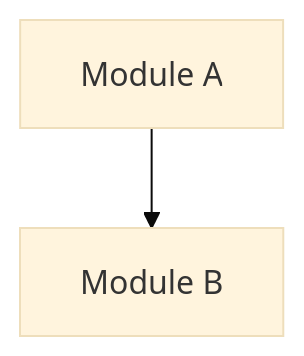
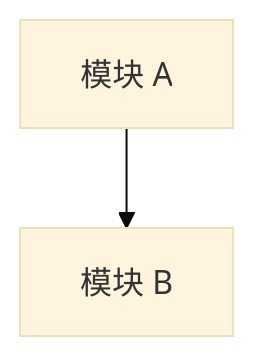
Before and after one commit to husinglemon-art/TMS_Shipper: the diagram in 01_Master_Documents/Module_Map.md, drawn with Mermaid (base theme). The commit also changed other lines of this file and 10 other files, not shown here.

````diff
--- a/01_Master_Documents/Module_Map.md
+++ b/01_Master_Documents/Module_Map.md
@@ -28,4 +28,4 @@
 ```mermaid
 graph TD
-    A[Module A] --> B[Module B]
+    A[模块 A] --> B[模块 B]
 ```
````
